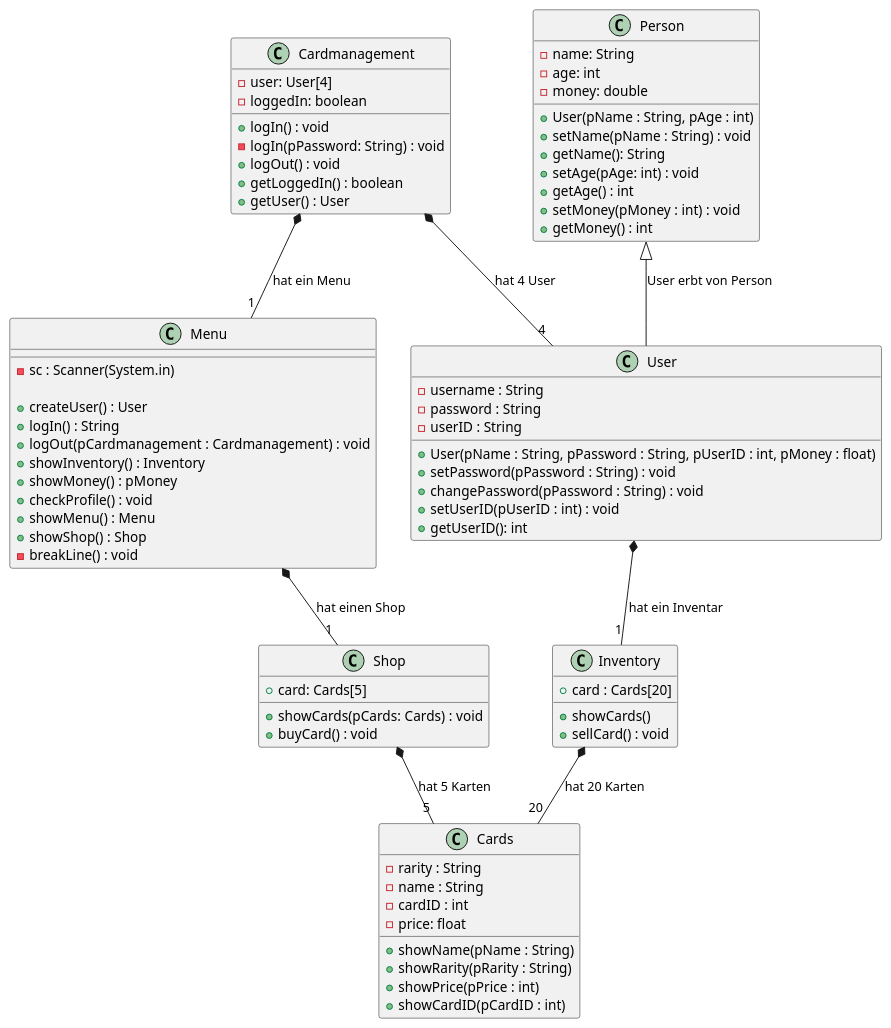
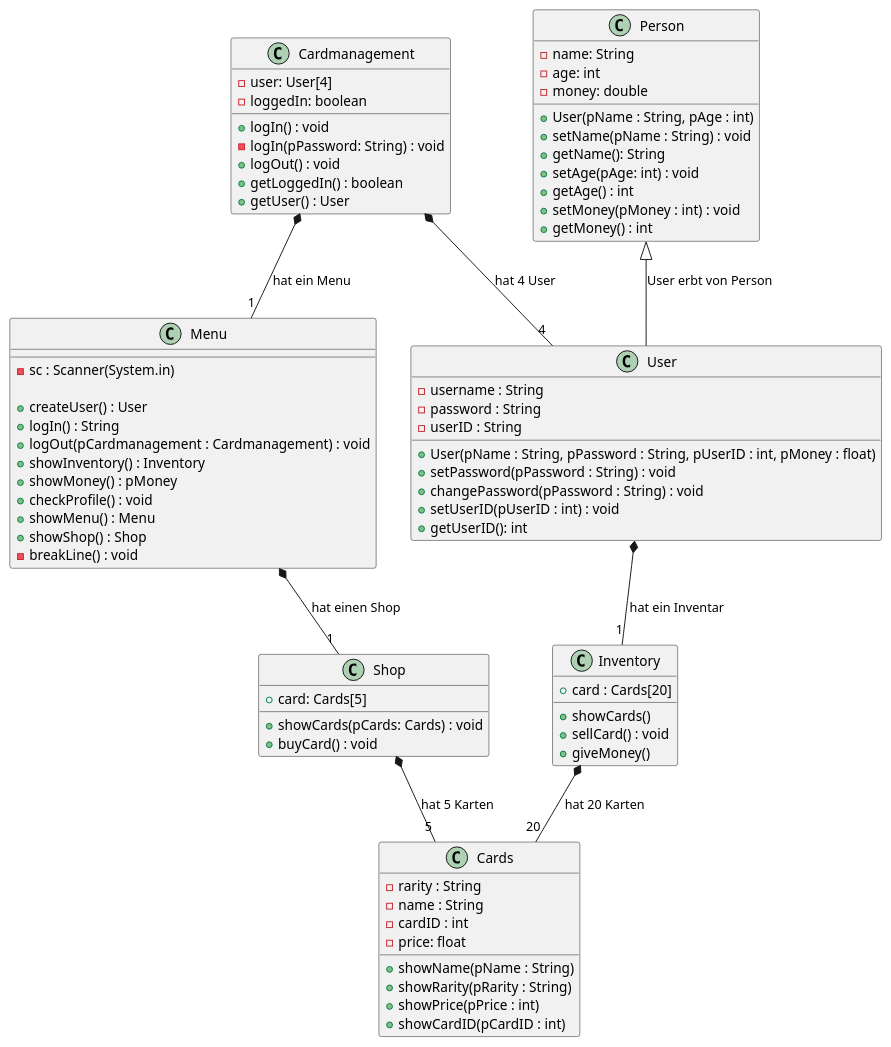
The diagram in Docs/Pflichtenheft/Diagramme/Klassendiagramm-Card.iuml (HEBK-BGM/Verwaltungssoftware_Team_4), drawn with PlantUML before and after one commit. The commit also changed 3 other files, not shown here.

Commit message:
[NEW] Sequenzdiagramm Sellcard

```diff
--- a/Docs/Pflichtenheft/Diagramme/Klassendiagramm-Card.iuml
+++ b/Docs/Pflichtenheft/Diagramme/Klassendiagramm-Card.iuml
@@ -1,101 +1,102 @@
 @startuml Klassendiagramm
 
 class Cardmanagement{
     -user: User[4]
     -loggedIn: boolean
     +logIn() : void
     -logIn(pPassword: String) : void
     +logOut() : void
     +getLoggedIn() : boolean
     +getUser() : User
 
 
 
 }
 
 
 class Menu{
     -sc : Scanner(System.in)
 
     +createUser() : User
     +logIn() : String
     +logOut(pCardmanagement : Cardmanagement) : void
     +showInventory() : Inventory
     +showMoney() : pMoney
     +checkProfile() : void
     +showMenu() : Menu
     +showShop() : Shop
     -breakLine() : void
 
 
 }
 
 
 class Shop{
     +card: Cards[5]
     +showCards(pCards: Cards) : void
     +buyCard() : void
 
 }
 
 
 class User{
     -username : String
     -password : String
     -userID : String
 
 
     +User(pName : String, pPassword : String, pUserID : int, pMoney : float)
     +setPassword(pPassword : String) : void
     +changePassword(pPassword : String) : void
     +setUserID(pUserID : int) : void
     +getUserID(): int
 
 }
 
 
 class Person{
     -name: String
     -age: int
     -money: double
 
     +User(pName : String, pAge : int)
     +setName(pName : String) : void
     +getName(): String
     +setAge(pAge: int) : void
     +getAge() : int
     +setMoney(pMoney : int) : void
     +getMoney() : int
 }
 
 
 class Cards{
     -rarity : String
     -name : String
     -cardID : int
     -price: float
 
     +showName(pName : String)
     +showRarity(pRarity : String)
     +showPrice(pPrice : int)
     +showCardID(pCardID : int)
 
 }
 
 
 class Inventory{
 +card : Cards[20]
 +showCards()
 +sellCard() : void
++giveMoney()
 }
 
 
 Cardmanagement *-- "1" Menu : hat ein Menu
 User *-- "1" Inventory : hat ein Inventar
 Cardmanagement *-- "4" User : hat 4 User
 Menu *-- "1" Shop : hat einen Shop
 Shop *-- "5" Cards : hat 5 Karten 
 Inventory *-- "20" Cards : hat 20 Karten
 Person <|-- User : User erbt von Person
 
 @enduml
```
